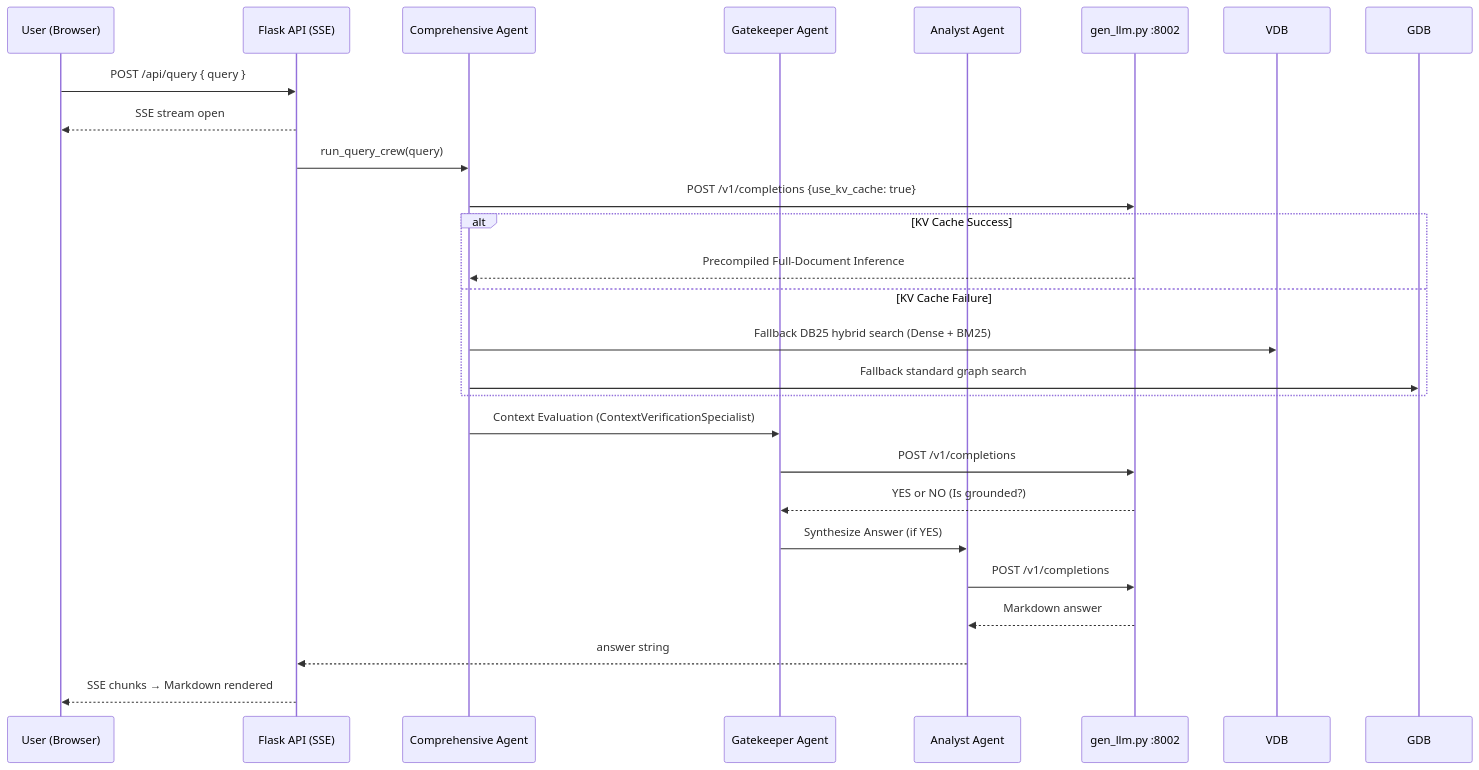
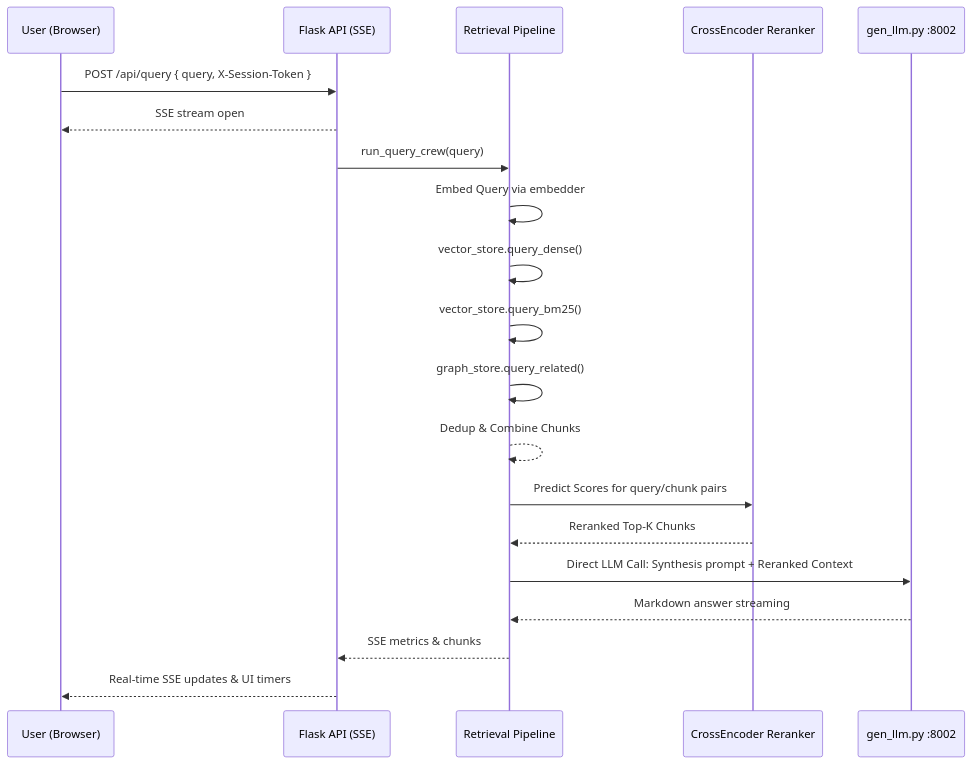
Before and after one commit to Sam-max1/healthexpert: the third of 3 diagrams in HEALTHEXPERT_ARCHITECTURE_DESIGN.md, drawn with Mermaid. The commit also changed other lines of this file and 10 other files, not shown here.

````diff
--- a/HEALTHEXPERT_ARCHITECTURE_DESIGN.md
+++ b/HEALTHEXPERT_ARCHITECTURE_DESIGN.md
@@ -108,34 +106,29 @@
 ```mermaid
 sequenceDiagram
     participant U as User (Browser)
     participant F as Flask API (SSE)
-    participant CA as Comprehensive Agent
-    participant GA as Gatekeeper Agent
-    participant AA as Analyst Agent
+    participant RP as Retrieval Pipeline
+    participant CR as CrossEncoder Reranker
     participant GS as gen_llm.py :8002
 
-    U->>F: POST /api/query { query }
+    U->>F: POST /api/query { query, X-Session-Token }
     F-->>U: SSE stream open
-    F->>CA: run_query_crew(query)
+    F->>RP: run_query_crew(query)
     
     %% Phase 1
-    CA->>GS: POST /v1/completions {use_kv_cache: true}
-    alt KV Cache Success
-        GS-->>CA: Precompiled Full-Document Inference
-    else KV Cache Failure
-        CA->>VDB: Fallback DB25 hybrid search (Dense + BM25)
-        CA->>GDB: Fallback standard graph search
-    end
+    RP->>RP: Embed Query via embedder
+    RP->>RP: vector_store.query_dense()
+    RP->>RP: vector_store.query_bm25()
+    RP->>RP: graph_store.query_related()
+    RP-->>RP: Dedup & Combine Chunks
     
     %% Phase 2
-    CA->>GA: Context Evaluation (ContextVerificationSpecialist)
-    GA->>GS: POST /v1/completions
-    GS-->>GA: YES or NO (Is grounded?)
+    RP->>CR: Predict Scores for query/chunk pairs
+    CR-->>RP: Reranked Top-K Chunks
     
     %% Phase 3
-    GA->>AA: Synthesize Answer (if YES)
-    AA->>GS: POST /v1/completions
-    GS-->>AA: Markdown answer
-    AA-->>F: answer string
-    F-->>U: SSE chunks → Markdown rendered
+    RP->>GS: Direct LLM Call: Synthesis prompt + Reranked Context
+    GS-->>RP: Markdown answer streaming
+    RP-->>F: SSE metrics & chunks
+    F-->>U: Real-time SSE updates & UI timers
 ```
````
